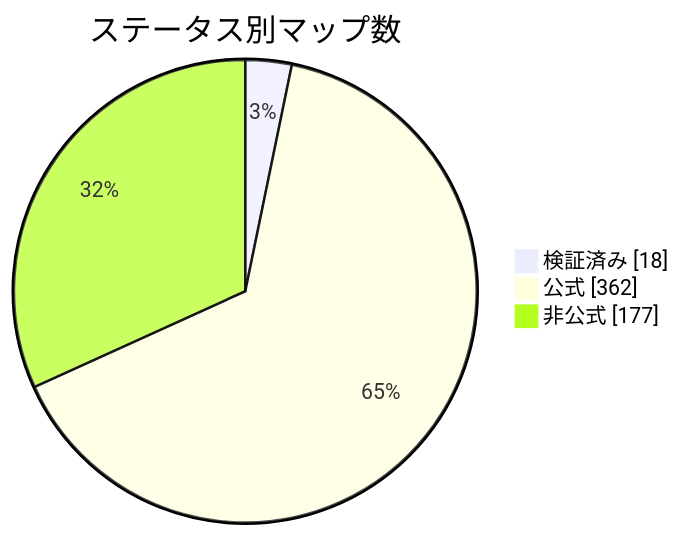
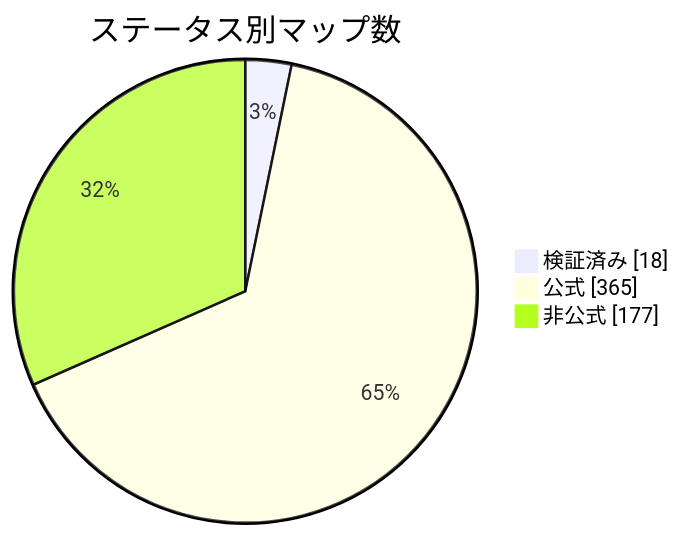
The diagram in docs/readme/README_JP.md (nobrega8/mbmap-library), drawn with Mermaid before and after one commit. The commit also changed 8 other files, not shown here.

````diff
--- a/docs/readme/README_JP.md
+++ b/docs/readme/README_JP.md
@@ -54,7 +54,7 @@
 ```mermaid
 pie showData
     title ステータス別マップ数
     "検証済み" : 18
-    "公式" : 362
+    "公式" : 365
     "非公式" : 177
 ```
````
